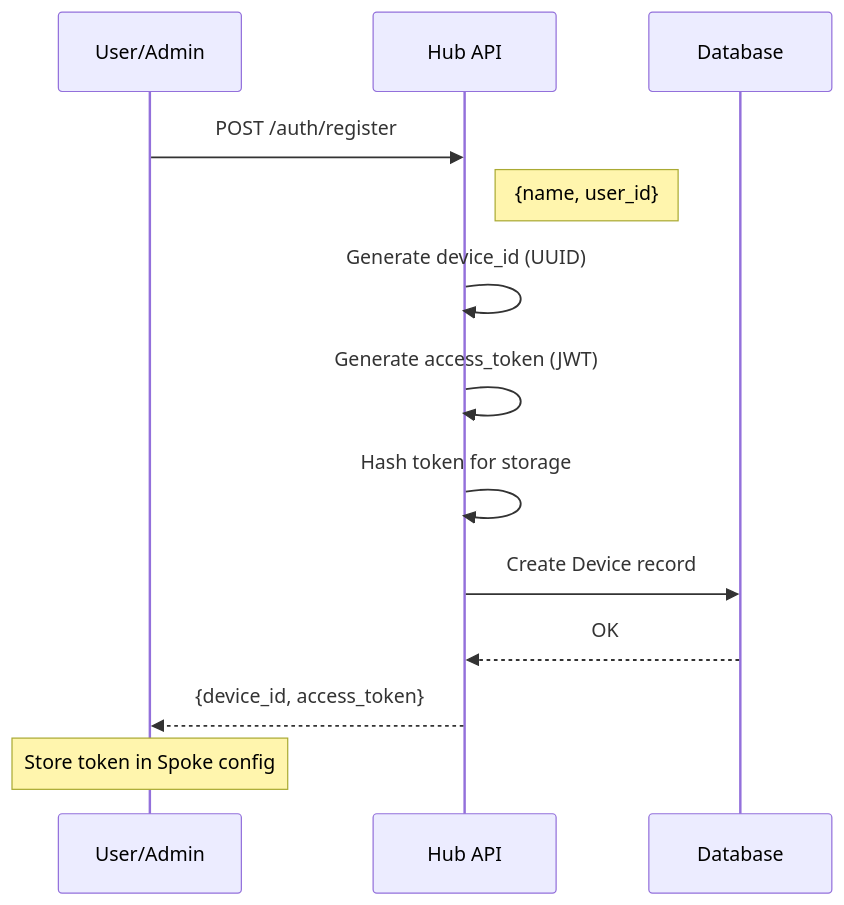
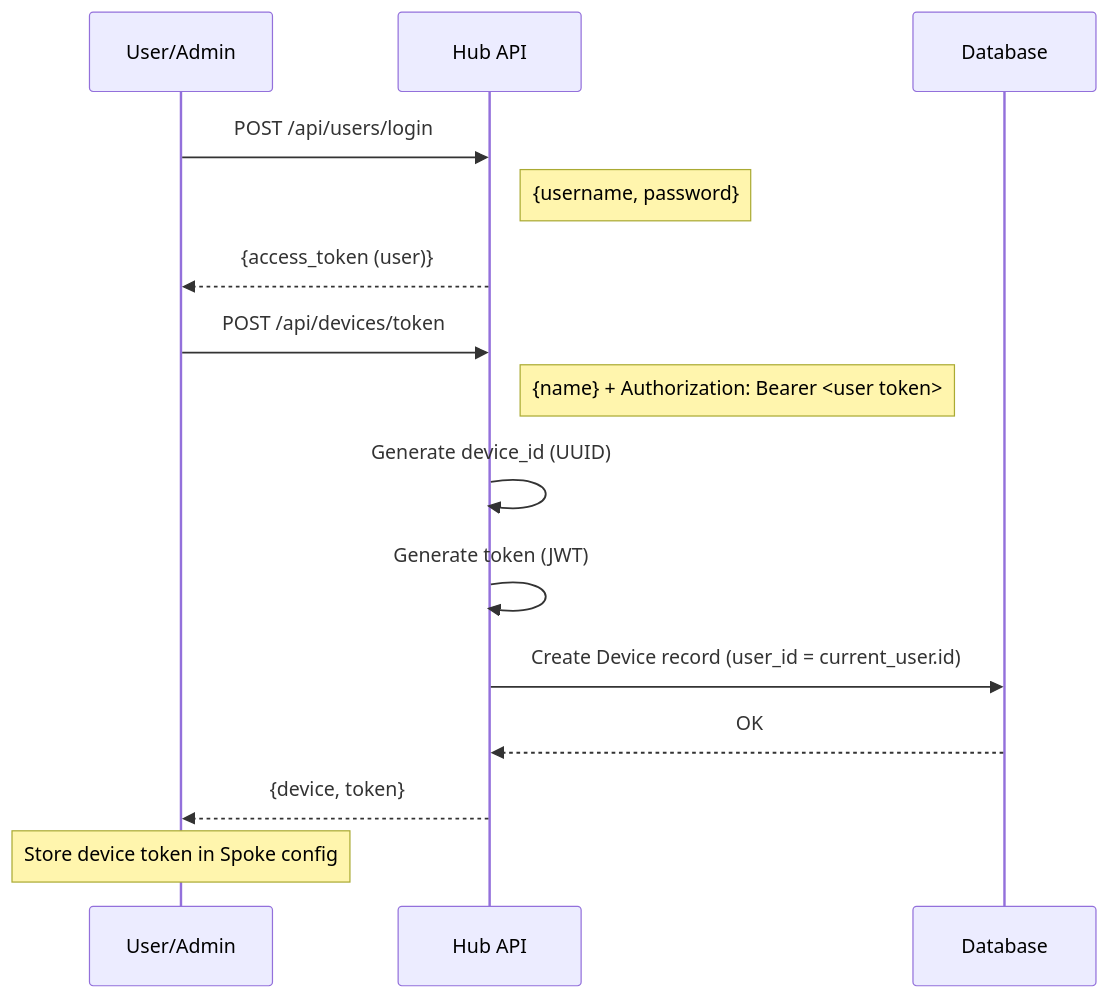
The second of 2 diagrams in HUB_IMPLEMENTATION.md (aamott/strawberry-ai-assistant), drawn with Mermaid before and after one commit. The commit also changed other lines of this file and 97 other files, not shown here.

````diff
--- a/HUB_IMPLEMENTATION.md
+++ b/HUB_IMPLEMENTATION.md
@@ -161,20 +161,23 @@
 ```mermaid
 sequenceDiagram
     participant User as User/Admin
     participant Hub as Hub API
     participant DB as Database
 
-    User->>Hub: POST /auth/register
-    Note right of Hub: {name, user_id}
-    
+    User->>Hub: POST /api/users/login
+    Note right of Hub: {username, password}
+
+    Hub-->>User: {access_token (user)}
+
+    User->>Hub: POST /api/devices/token
+    Note right of Hub: {name} + Authorization: Bearer <user token>
+
     Hub->>Hub: Generate device_id (UUID)
-    Hub->>Hub: Generate access_token (JWT)
-    Hub->>Hub: Hash token for storage
-    
-    Hub->>DB: Create Device record
+    Hub->>Hub: Generate token (JWT)
+    Hub->>DB: Create Device record (user_id = current_user.id)
     DB-->>Hub: OK
-    
-    Hub-->>User: {device_id, access_token}
-    
-    Note over User: Store token in Spoke config
+
+    Hub-->>User: {device, token}
+
+    Note over User: Store device token in Spoke config
 ```
````
